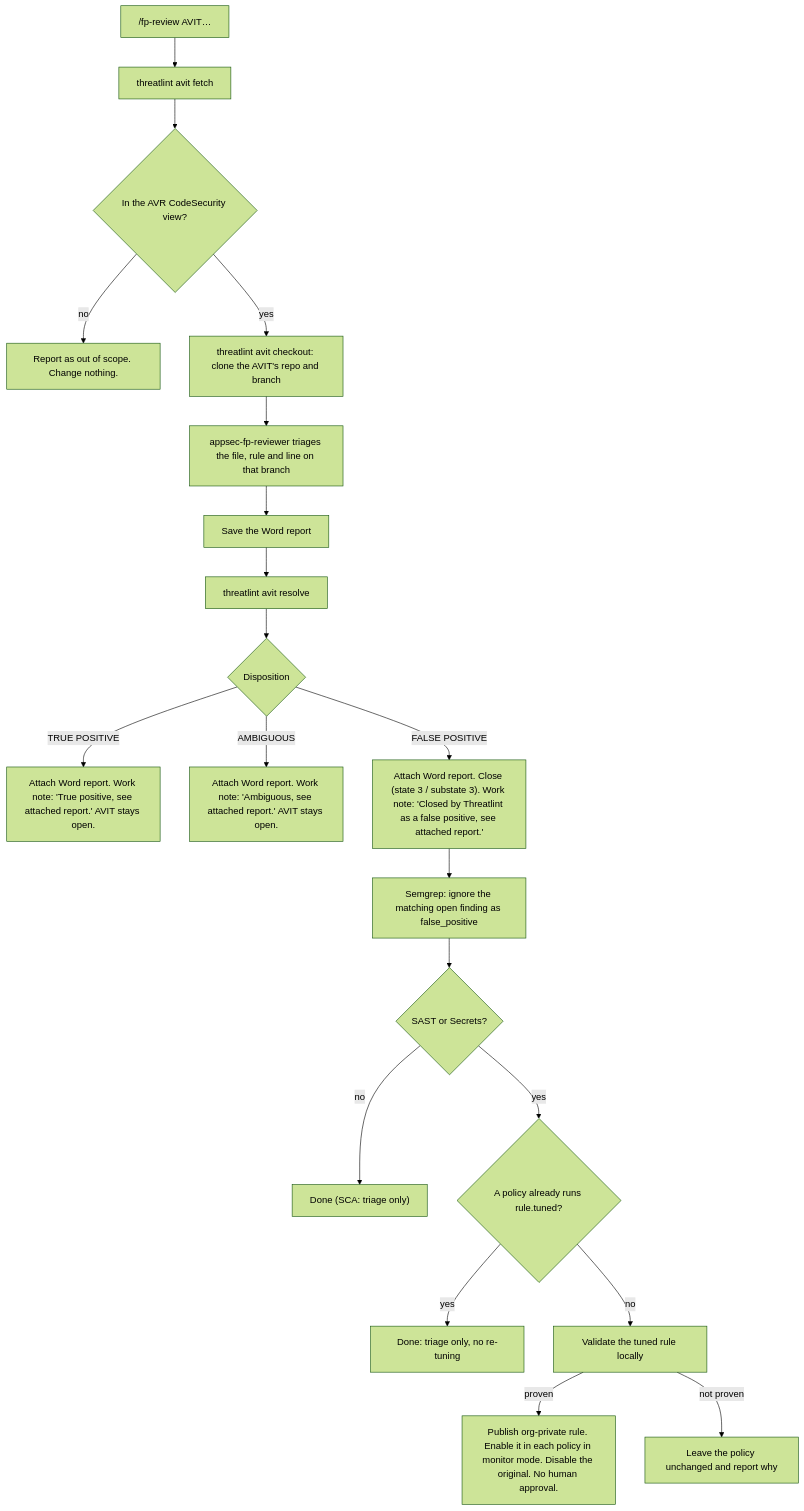
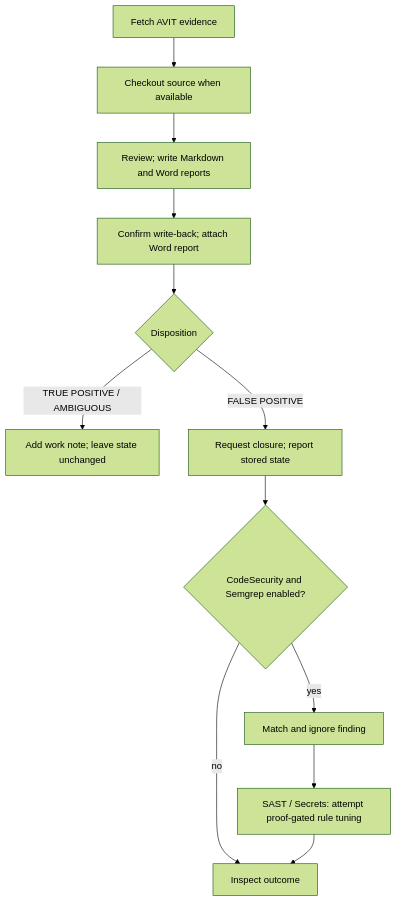
The diagram in docs/avit-integration.md (h0p3sf4ll/threatlint), drawn with Mermaid (forest theme) before and after one commit. The commit also changed other lines of this file and 135 other files, not shown here.

````diff
--- a/docs/avit-integration.md
+++ b/docs/avit-integration.md
@@ -86,22 +103,14 @@
 ```mermaid
 flowchart TD
-    A["/fp-review AVIT…"] --> B["threatlint avit fetch"]
-    B --> C{"In the AVR CodeSecurity view?"}
-    C -- no --> X["Report as out of scope. Change nothing."]
-    C -- yes --> D["threatlint avit checkout: clone the AVIT's repo and branch"]
-    D --> E["appsec-fp-reviewer triages the file, rule and line on that branch"]
-    E --> F["Save the Word report"]
-    F --> G["threatlint avit resolve"]
-    G --> H{"Disposition"}
-    H -- "TRUE POSITIVE" --> T["Attach Word report. Work note: 'True positive, see attached report.' AVIT stays open."]
-    H -- AMBIGUOUS --> N["Attach Word report. Work note: 'Ambiguous, see attached report.' AVIT stays open."]
-    H -- "FALSE POSITIVE" --> P["Attach Word report. Close (state 3 / substate 3). Work note: 'Closed by Threatlint as a false positive, see attached report.'"]
-    P --> S["Semgrep: ignore the matching open finding as false_positive"]
-    S --> R{"SAST or Secrets?"}
-    R -- no --> Z["Done (SCA: triage only)"]
-    R -- yes --> Q{"A policy already runs rule.tuned?"}
-    Q -- yes --> Z2["Done: triage only, no re-tuning"]
-    Q -- no --> V["Validate the tuned rule locally"]
-    V -- proven --> W["Publish org-private rule. Enable it in each policy in monitor mode. Disable the original. No human approval."]
-    V -- "not proven" --> Y["Leave the policy unchanged and report why"]
+    A["Fetch AVIT evidence"] --> B["Checkout source when available"]
+    B --> C["Review; write Markdown and Word reports"]
+    C --> D["Confirm write-back; attach Word report"]
+    D --> E{"Disposition"}
+    E -- "TRUE POSITIVE / AMBIGUOUS" --> F["Add work note; leave state unchanged"]
+    E -- "FALSE POSITIVE" --> G["Request closure; report stored state"]
+    G --> H{"CodeSecurity and Semgrep enabled?"}
+    H -- no --> I["Inspect outcome"]
+    H -- yes --> J["Match and ignore finding"]
+    J --> K["SAST / Secrets: attempt proof-gated rule tuning"]
+    K --> I
 ```
````
